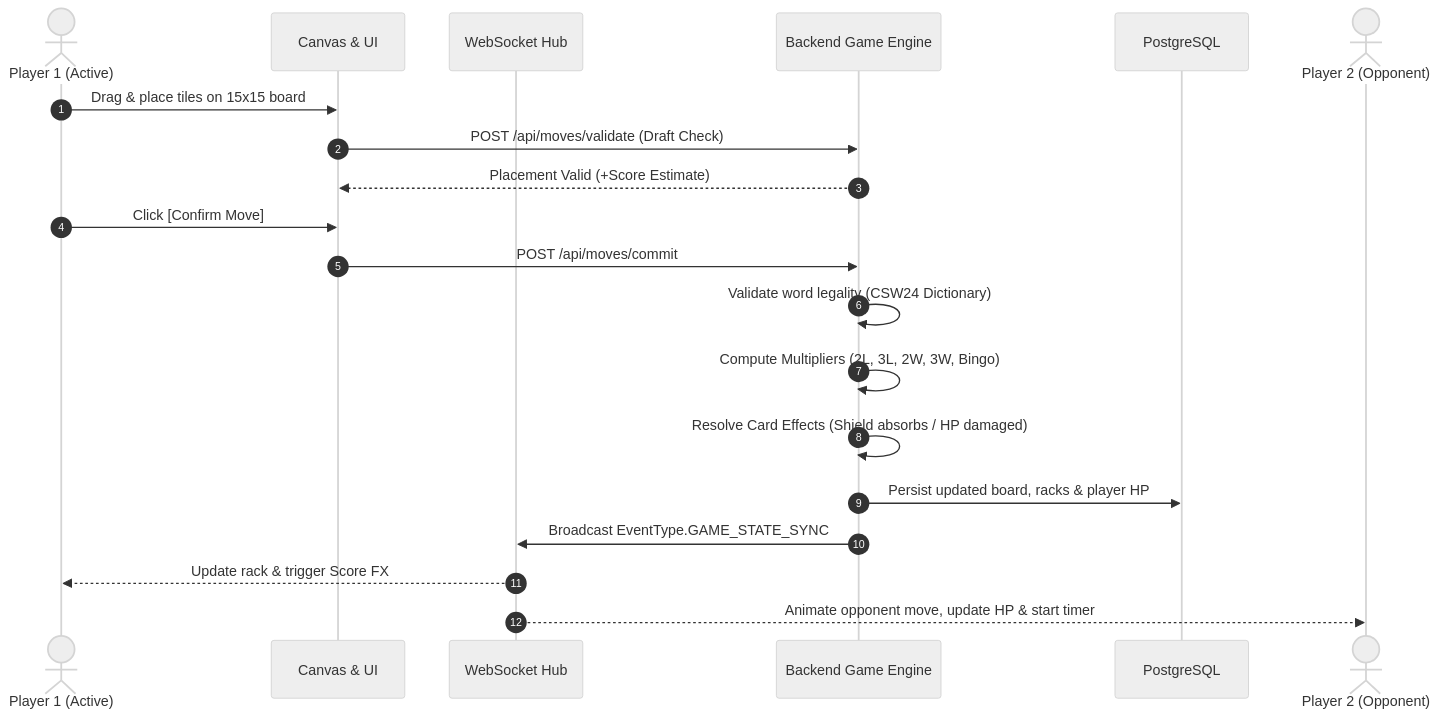
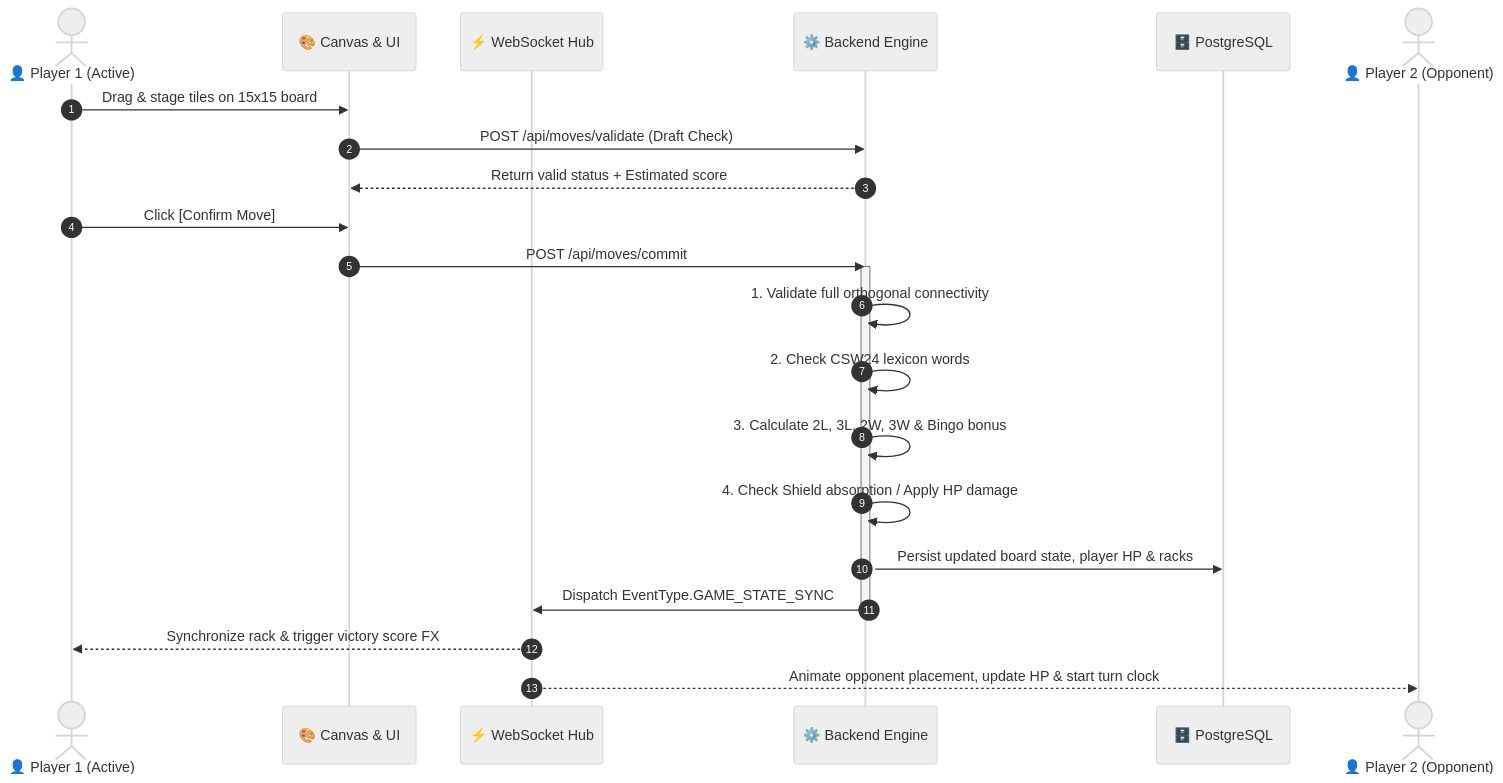
The second of 2 diagrams in README.md (Cell1991/crossword-game), drawn with Mermaid (neutral theme) before and after one commit. The commit also changed other lines of this file, not shown here.

````diff
--- a/README.md
+++ b/README.md
@@ -134,23 +151,28 @@
 ```mermaid
 sequenceDiagram
     autonumber
-    actor P1 as Player 1 (Active)
-    participant UI as Canvas & UI
-    participant WS as WebSocket Hub
-    participant BE as Backend Game Engine
-    participant DB as PostgreSQL
-    actor P2 as Player 2 (Opponent)
+    actor P1 as 👤 Player 1 (Active)
+    participant Canvas as 🎨 Canvas & UI
+    participant WS as ⚡ WebSocket Hub
+    participant Engine as ⚙️ Backend Engine
+    participant DB as 🗄️ PostgreSQL
+    actor P2 as 👤 Player 2 (Opponent)
 
-    P1->>UI: Drag & place tiles on 15x15 board
-    UI->>BE: POST /api/moves/validate (Draft Check)
-    BE-->>UI: Placement Valid (+Score Estimate)
-    P1->>UI: Click [Confirm Move]
-    UI->>BE: POST /api/moves/commit
-    BE->>BE: Validate word legality (CSW24 Dictionary)
-    BE->>BE: Compute Multipliers (2L, 3L, 2W, 3W, Bingo)
-    BE->>BE: Resolve Card Effects (Shield absorbs / HP damaged)
-    BE->>DB: Persist updated board, racks & player HP
-    BE->>WS: Broadcast EventType.GAME_STATE_SYNC
-    WS-->>P1: Update rack & trigger Score FX
-    WS-->>P2: Animate opponent move, update HP & start timer
+    P1->>Canvas: Drag & stage tiles on 15x15 board
+    Canvas->>Engine: POST /api/moves/validate (Draft Check)
+    Engine-->>Canvas: Return valid status + Estimated score
+    P1->>Canvas: Click [Confirm Move]
+    Canvas->>Engine: POST /api/moves/commit
+    
+    activate Engine
+    Engine->>Engine: 1. Validate full orthogonal connectivity
+    Engine->>Engine: 2. Check CSW24 lexicon words
+    Engine->>Engine: 3. Calculate 2L, 3L, 2W, 3W & Bingo bonus
+    Engine->>Engine: 4. Check Shield absorption / Apply HP damage
+    Engine->>DB: Persist updated board state, player HP & racks
+    Engine->>WS: Dispatch EventType.GAME_STATE_SYNC
+    deactivate Engine
+
+    WS-->>P1: Synchronize rack & trigger victory score FX
+    WS-->>P2: Animate opponent placement, update HP & start turn clock
 ```
````
